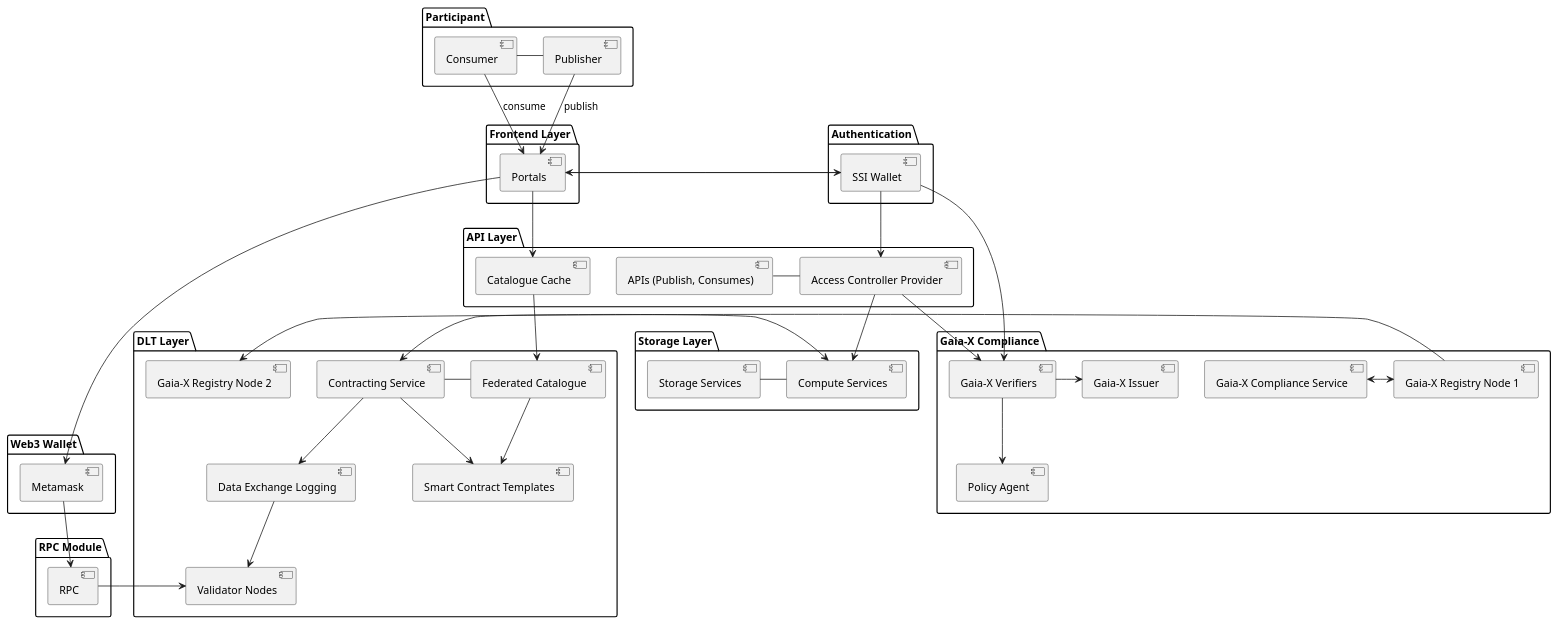
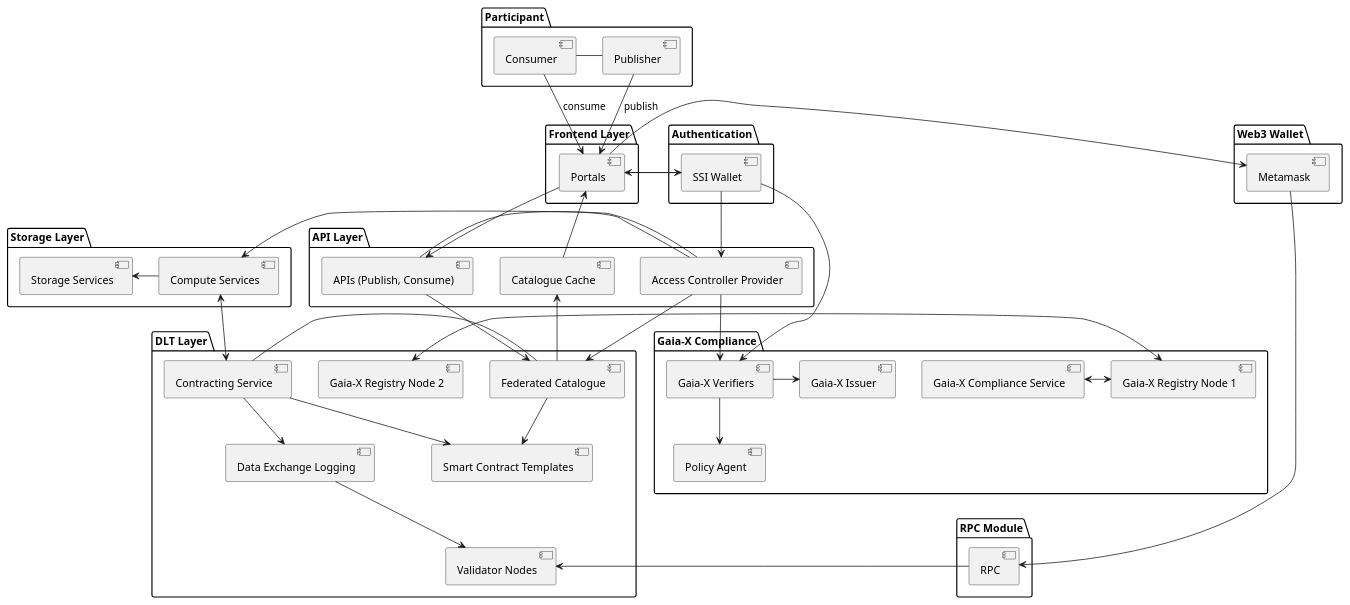
Before and after one commit to deltaDAO/files: the diagram in Architecture Designspace/moveid_portal.puml, drawn with PlantUML.

```diff
--- a/Architecture Designspace/moveid_portal.puml
+++ b/Architecture Designspace/moveid_portal.puml
@@ -1,57 +1,60 @@
 @startuml
 top to bottom direction
 package "Participant" {
   [Consumer] - [Publisher]
 }
 package "Frontend Layer" {
   [Portals]
 }
 package "Web3 Wallet" {
   [Metamask]
 }
 package "RPC Module" {
   [RPC]
 }
 package "Authentication" {
   [SSI Wallet]
 }
 package "API Layer" {
-  [APIs (Publish, Consumes)] - [Access Controller Provider]
+  [APIs (Publish, Consume)] - [Access Controller Provider]
   [Catalogue Cache]
 }
 package "Storage Layer" {
-  [Storage Services] - [Compute Services]
+  [Storage Services] <- [Compute Services]
 
 }
 package "DLT Layer" {
   [Contracting Service] - [Federated Catalogue]
   [Contracting Service]-->[Data Exchange Logging]
   [Data Exchange Logging] --> [Validator Nodes]
   [Federated Catalogue] --> [Smart Contract Templates]
   [Contracting Service] --> [Smart Contract Templates]
   [Gaia-X Registry Node 2]
 }
 package "Gaia-X Compliance" {
   [Gaia-X Compliance Service] <-> [Gaia-X Registry Node 1]  
   [Gaia-X Verifiers] --> [Policy Agent]
   [Gaia-X Verifiers]->[Gaia-X Issuer]
 }
 
 Consumer --> Portals : consume
 Publisher --> Portals: publish
 Portals -> Metamask
 Metamask --> RPC
 [Validator Nodes] <- RPC
 Portals -> [SSI Wallet]
 [SSI Wallet] -> [Access Controller Provider]
 [SSI Wallet] -> Portals
-Portals --> [Catalogue Cache]
-[Federated Catalogue] <-- [Catalogue Cache]
-[Access Controller Provider]-->[Compute Services]
+Portals <-- [Catalogue Cache]
+Portals --> [APIs (Publish, Consume)]
+[APIs (Publish, Consume)] --> [Federated Catalogue]
+[Federated Catalogue] --> [Catalogue Cache]
+[Access Controller Provider]->[Compute Services]
+[Access Controller Provider]-->[Federated Catalogue]
 [Access Controller Provider] --> [Gaia-X Verifiers]
 [SSI Wallet] --> [Gaia-X Verifiers]
-[Gaia-X Registry Node 1] -> [Gaia-X Registry Node 2]
+[Gaia-X Registry Node 1] <-> [Gaia-X Registry Node 2]
 [Compute Services] <--> [Contracting Service]
 
 
 @enduml
```
